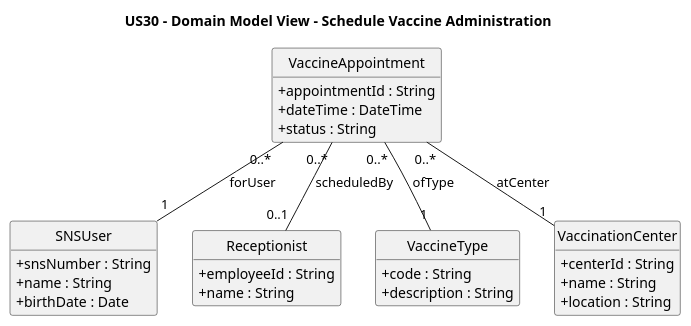
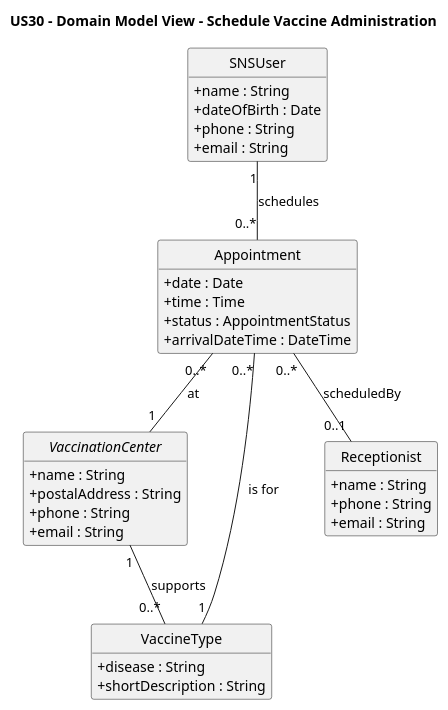
Before and after one commit to luluisfcm/leti-esoft-25-26-B5: the diagram in docs/system-documentation/US30/puml/US30-DM.puml, drawn with PlantUML. The commit also changed 19 other files, not shown here.

```diff
--- a/docs/system-documentation/US30/puml/US30-DM.puml
+++ b/docs/system-documentation/US30/puml/US30-DM.puml
@@ -1,41 +1,49 @@
 @startuml
 title US30 – Domain Model View – Schedule Vaccine Administration
 
 hide circle
 skinparam classAttributeIconSize 0
 hide methods
 
 class SNSUser {
-  + snsNumber : String
   + name : String
-  + birthDate : Date
+  + dateOfBirth : Date
+  + phone : String
+  + email : String
+}
+
+abstract VaccinationCenter {
+  + name : String
+  + postalAddress : String
+  + phone : String
+  + email : String
+}
+
+class VaccineType {
+  + disease : String
+  + shortDescription : String
+}
+
+
+class Appointment {
+  + date : Date
+  + time : Time
+  + status : AppointmentStatus
+  + arrivalDateTime : DateTime
 }
 
 class Receptionist {
-  + employeeId : String
   + name : String
+  + phone : String
+  + email : String
 }
 
-class VaccineType {
-  + code : String
-  + description : String
-}
+' Associations (as in global DM)
+SNSUser "1" -- "0..*" Appointment : schedules
+Appointment "0..*" -- "1" VaccinationCenter : at
+Appointment "0..*" -- "1" VaccineType : is for
+Appointment "0..*" -- "0..1" Receptionist : scheduledBy
 
-class VaccinationCenter {
-  + centerId : String
-  + name : String
-  + location : String
-}
-
-class VaccineAppointment {
-  + appointmentId : String
-  + dateTime : DateTime
-  + status : String
-}
-
-VaccineAppointment "0..*" -- "1" SNSUser           : forUser
-VaccineAppointment "0..*" -- "1" VaccineType       : ofType
-VaccineAppointment "0..*" -- "1" VaccinationCenter : atCenter
-VaccineAppointment "0..*" -- "0..1" Receptionist   : scheduledBy
+VaccinationCenter "1" -- "0..*" VaccineType : supports
 
 @enduml
```
